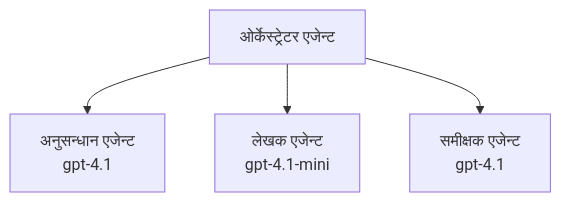
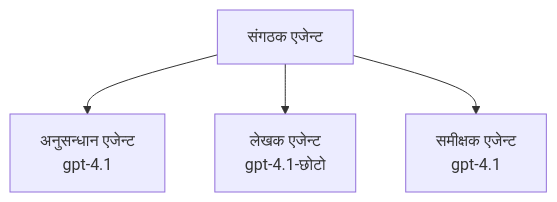
The third of 3 diagrams in translations/ne/docs/chapter-02-ai-development/agents.md (microsoft/AZD-for-beginners), drawn with Mermaid before and after one commit. The commit also changed other lines of this file and 101 other files, not shown here.

````diff
--- a/translations/ne/docs/chapter-02-ai-development/agents.md
+++ b/translations/ne/docs/chapter-02-ai-development/agents.md
@@ -189,6 +194,6 @@
 ```mermaid
 graph TD
-    Orchestrator[ओर्केस्ट्रेटर एजेन्ट] --> Research[अनुसन्धान एजेन्ट<br/>gpt-4.1]
-    Orchestrator --> Writer[लेखक एजेन्ट<br/>gpt-4.1-mini]
+    Orchestrator[संगठक एजेन्ट] --> Research[अनुसन्धान एजेन्ट<br/>gpt-4.1]
+    Orchestrator --> Writer[लेखक एजेन्ट<br/>gpt-4.1-छोटो]
     Orchestrator --> Reviewer[समीक्षक एजेन्ट<br/>gpt-4.1]
 ```
````
